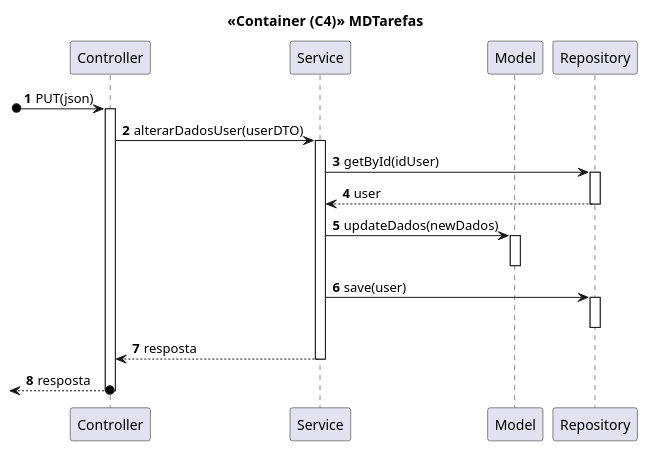
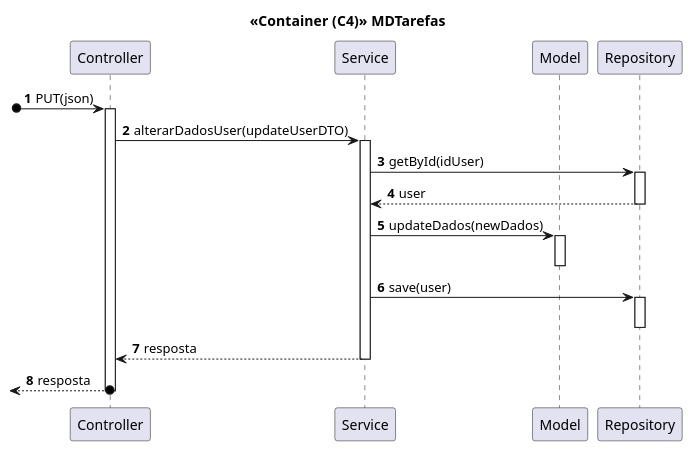
Before and after one commit to SEM5PI2324G58/sem5pi_g58_23_24: the diagram in docs/Sprint_C/US_100/US_100.2/N3/N3_VP.puml, drawn with PlantUML. The commit also changed 1 other file, not shown here.

Commit message:
[US_100.2][Design] Mudança do nome do parâmetro do método alterarDadosUser()

```diff
--- a/docs/Sprint_C/US_100/US_100.2/N3/N3_VP.puml
+++ b/docs/Sprint_C/US_100/US_100.2/N3/N3_VP.puml
@@ -1,25 +1,25 @@
 autonumber
 
 title <<Container (C4)>> MDTarefas
 
 participant "Controller" as ctrl
 participant "Service" as service
 participant "Model" as domain
 participant "Repository" as repo
 
 
 [o-> ctrl: PUT(json)
 activate ctrl
-ctrl -> service: alterarDadosUser(userDTO) 
+ctrl -> service: alterarDadosUser(updateUserDTO) 
 activate service
 service -> repo : getById(idUser)
 activate repo
 return user
 service -> domain : updateDados(newDados)
 activate domain
 deactivate domain
 service -> repo : save(user)
 activate repo
 deactivate repo
 return resposta
 return resposta
```
